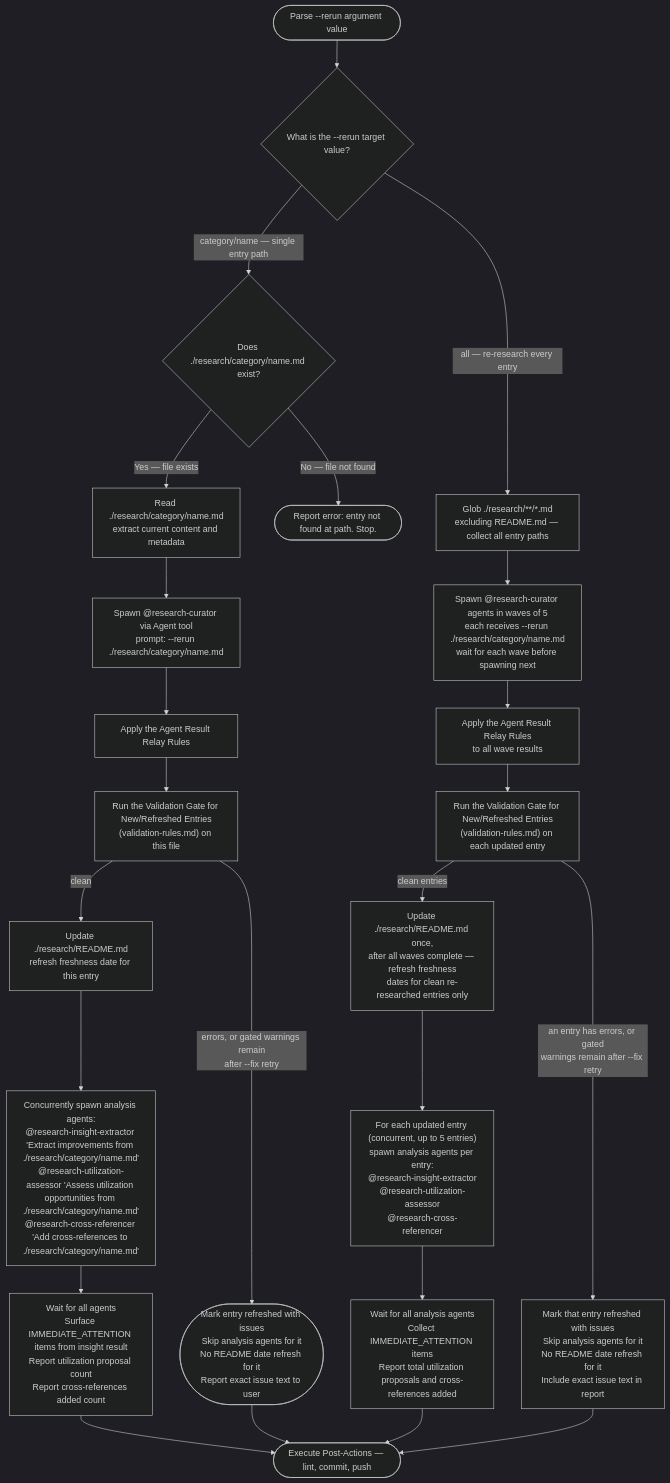
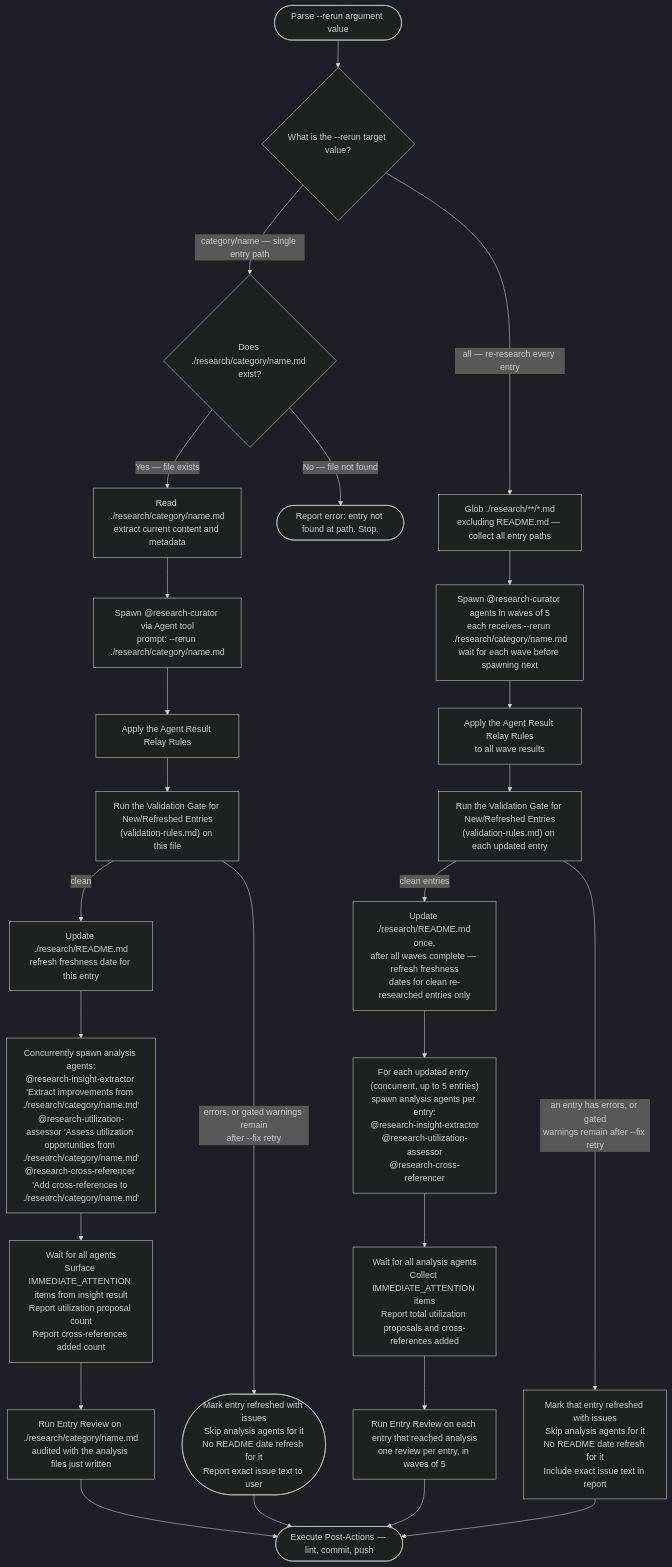
Before and after one commit to Jamie-BitFlight/claude_skills: the second of 3 diagrams in .claude/skills/research-curator/SKILL.md, drawn with Mermaid (dark theme). The commit also changed other lines of this file and 2 other files, not shown here.

````diff
--- a/.claude/skills/research-curator/SKILL.md
+++ b/.claude/skills/research-curator/SKILL.md
@@ -174,26 +176,28 @@
 ```mermaid
 flowchart TD
     Start(["Parse --rerun argument value"]) --> Q{"What is the --rerun target value?"}
     Q -->|"category/name — single entry path"| VerifyFile{"Does ./research/category/name.md exist?"}
     Q -->|"all — re-research every entry"| FindAll["Glob ./research/**/*.md<br>excluding README.md — collect all entry paths"]
     VerifyFile -->|"No — file not found"| Missing(["Report error: entry not found at path. Stop."])
     VerifyFile -->|"Yes — file exists"| ReadFile["Read ./research/category/name.md<br>extract current content and metadata"]
     ReadFile --> Spawn1["Spawn @research-curator via Agent tool<br>prompt: --rerun ./research/category/name.md"]
     Spawn1 --> RelayCheck1["Apply the Agent Result Relay Rules"]
     RelayCheck1 --> Validate1["Run the Validation Gate for New/Refreshed Entries<br>(validation-rules.md) on this file"]
     Validate1 -->|"errors, or gated warnings remain<br>after --fix retry"| Issues1(["Mark entry refreshed with issues<br>Skip analysis agents for it<br>No README date refresh for it<br>Report exact issue text to user"])
     Validate1 -->|"clean"| UpdateDate["Update ./research/README.md<br>refresh freshness date for this entry"]
     FindAll --> WaveSpawn["Spawn @research-curator agents in waves of 5<br>each receives --rerun ./research/category/name.md<br>wait for each wave before spawning next"]
     WaveSpawn --> RelayCheck2["Apply the Agent Result Relay Rules<br>to all wave results"]
     RelayCheck2 --> ValidateN["Run the Validation Gate for New/Refreshed Entries<br>(validation-rules.md) on each updated entry"]
     ValidateN -->|"an entry has errors, or gated<br>warnings remain after --fix retry"| IssuesN["Mark that entry refreshed with issues<br>Skip analysis agents for it<br>No README date refresh for it<br>Include exact issue text in report"]
     ValidateN -->|"clean entries"| UpdateDates["Update ./research/README.md once,<br>after all waves complete — refresh freshness<br>dates for clean re-researched entries only"]
     UpdateDate --> SpawnAnalysis1["Concurrently spawn analysis agents:<br>@research-insight-extractor 'Extract improvements from ./research/category/name.md'<br>@research-utilization-assessor 'Assess utilization opportunities from ./research/category/name.md'<br>@research-cross-referencer 'Add cross-references to ./research/category/name.md'"]
     SpawnAnalysis1 --> WaitAnalysis1["Wait for all agents<br>Surface IMMEDIATE_ATTENTION items from insight result<br>Report utilization proposal count<br>Report cross-references added count"]
-    WaitAnalysis1 --> PostActions(["Execute Post-Actions — lint, commit, push"])
+    WaitAnalysis1 --> Review1["Run Entry Review on ./research/category/name.md<br>audited with the analysis files just written"]
+    Review1 --> PostActions(["Execute Post-Actions — lint, commit, push"])
     Issues1 --> PostActions
     UpdateDates --> SpawnAnalysisN["For each updated entry (concurrent, up to 5 entries)<br>spawn analysis agents per entry:<br>@research-insight-extractor<br>@research-utilization-assessor<br>@research-cross-referencer"]
     SpawnAnalysisN --> WaitAnalysisN["Wait for all analysis agents<br>Collect IMMEDIATE_ATTENTION items<br>Report total utilization proposals and cross-references added"]
-    WaitAnalysisN --> PostActions
+    WaitAnalysisN --> ReviewN["Run Entry Review on each entry that reached analysis<br>one review per entry, in waves of 5"]
+    ReviewN --> PostActions
     IssuesN --> PostActions
 ```
````
